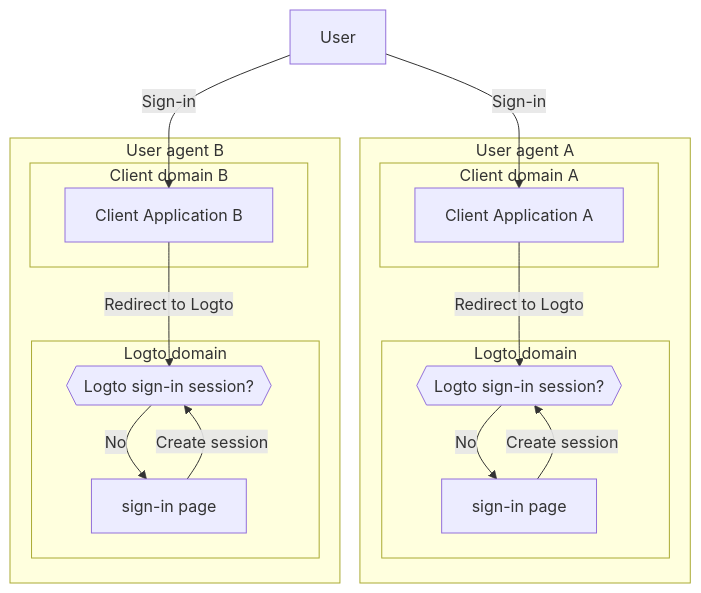
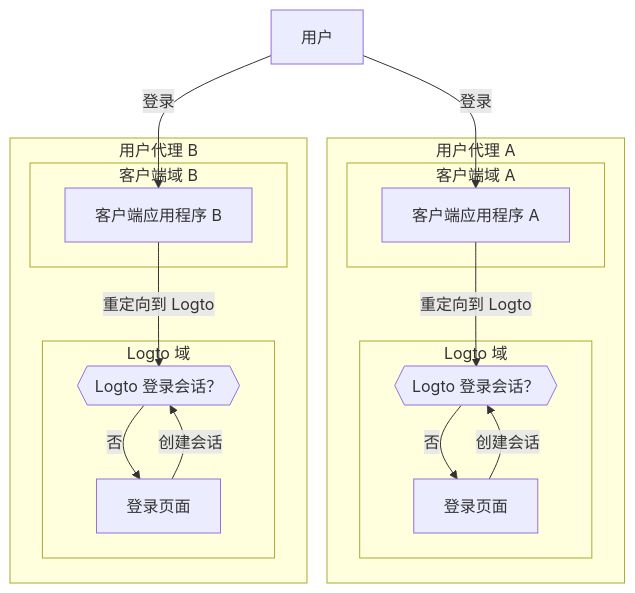
The third of 3 diagrams in i18n/zh-CN/docusaurus-plugin-content-docs/current/end-user-flows/sign-out.mdx (logto-io/docs), drawn with Mermaid before and after one commit. The commit also changed other lines of this file and 428 other files, not shown here.

````diff
--- a/i18n/zh-CN/docusaurus-plugin-content-docs/current/end-user-flows/sign-out.mdx
+++ b/i18n/zh-CN/docusaurus-plugin-content-docs/current/end-user-flows/sign-out.mdx
@@ -89,35 +89,35 @@
    ```mermaid
     flowchart TD
-    U[User]
+    U[用户]
 
-    subgraph DeviceA [User agent A]
-      subgraph Layer1 [Client domain A]
-        A[Client Application A]
+    subgraph DeviceA [用户代理 A]
+      subgraph Layer1 [客户端域 A]
+        A[客户端应用程序 A]
       end
 
-      subgraph Layer2 [Logto domain]
-          C{{Logto sign-in session?}}
-          D[sign-in page]
+      subgraph Layer2 [Logto 域]
+          C{{Logto 登录会话？}}
+          D[登录页面]
       end
     end
 
-    subgraph DeviceB [User agent B]
-      subgraph Layer3 [Client domain B]
-        B[Client Application B]
+    subgraph DeviceB [用户代理 B]
+      subgraph Layer3 [客户端域 B]
+        B[客户端应用程序 B]
       end
 
-      subgraph Layer4 [Logto domain]
-          E{{Logto sign-in session?}}
-          F[sign-in page]
+      subgraph Layer4 [Logto 域]
+          E{{Logto 登录会话？}}
+          F[登录页面]
       end
     end
 
-    U --> |Sign-in| A
-    A --> |Redirect to Logto| C
-    U --> |Sign-in| B
-    B --> |Redirect to Logto| E
-    C --> |No| D
-    E --> |No| F
-    D --> |Create session| C
-    F --> |Create session| E
+    U --> |登录| A
+    A --> |重定向到 Logto| C
+    U --> |登录| B
+    B --> |重定向到 Logto| E
+    C --> |否| D
+    E --> |否| F
+    D --> |创建会话| C
+    F --> |创建会话| E
    ```
````
